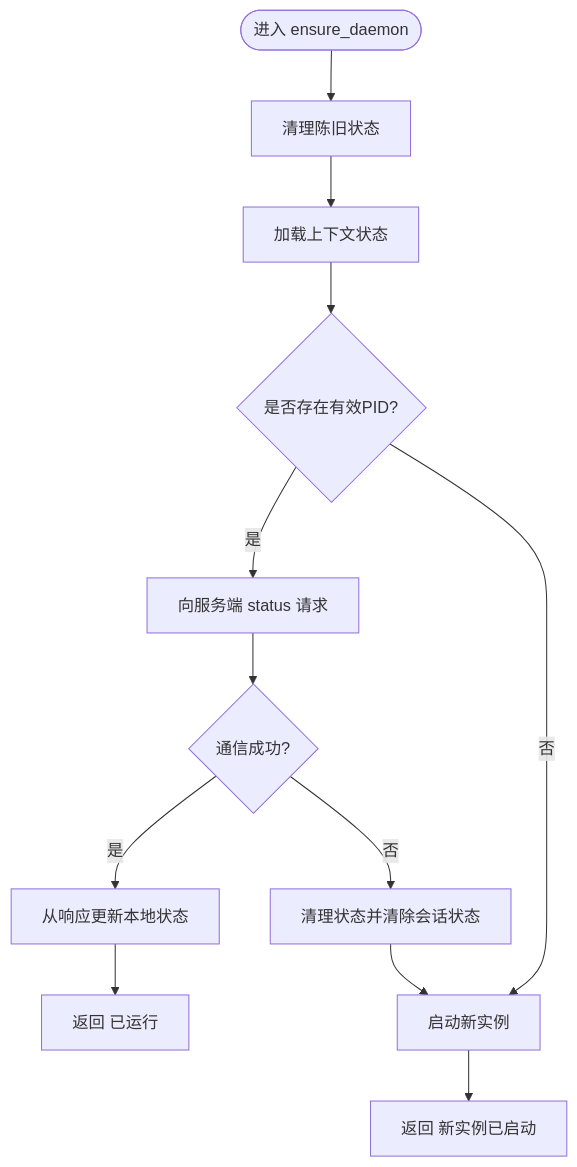
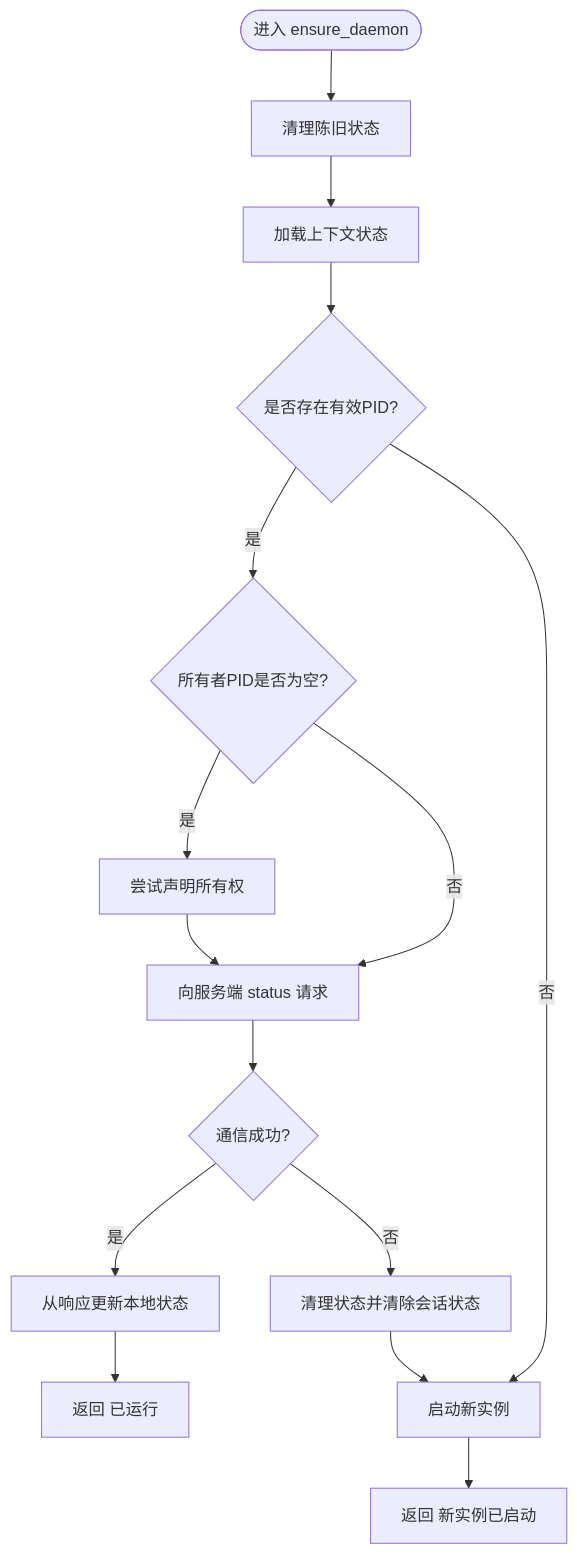
One commit to haolange/RDC-Tool changed the third of 6 diagrams in .qoder/repowiki/zh/content/CLI命令参考/守护进程命令.md. Above: the diagram before and after it, drawn with Mermaid. The commit also changed other lines of this file and 4 other files, not shown here.

````diff
--- a/.qoder/repowiki/zh/content/CLI命令参考/守护进程命令.md
+++ b/.qoder/repowiki/zh/content/CLI命令参考/守护进程命令.md
@@ -158,12 +177,15 @@
 ```mermaid
 flowchart TD
 Start(["进入 ensure_daemon"]) --> Clean["清理陈旧状态"]
 Clean --> Load["加载上下文状态"]
 Load --> Exists{"是否存在有效PID?"}
-Exists --> |是| Ping["向服务端 status 请求"]
+Exists --> |是| CheckOwner{"所有者PID是否为空?"}
+CheckOwner --> |是| Claim["尝试声明所有权"]
+Claim --> Ping["向服务端 status 请求"]
+CheckOwner --> |否| Ping
 Ping --> Ok{"通信成功?"}
 Ok --> |是| Update["从响应更新本地状态"] --> Return1["返回 已运行"]
 Ok --> |否| Clear["清理状态并清除会话状态"] --> New["启动新实例"]
 Exists --> |否| New
 New --> Return2["返回 新实例已启动"]
 ```
````
